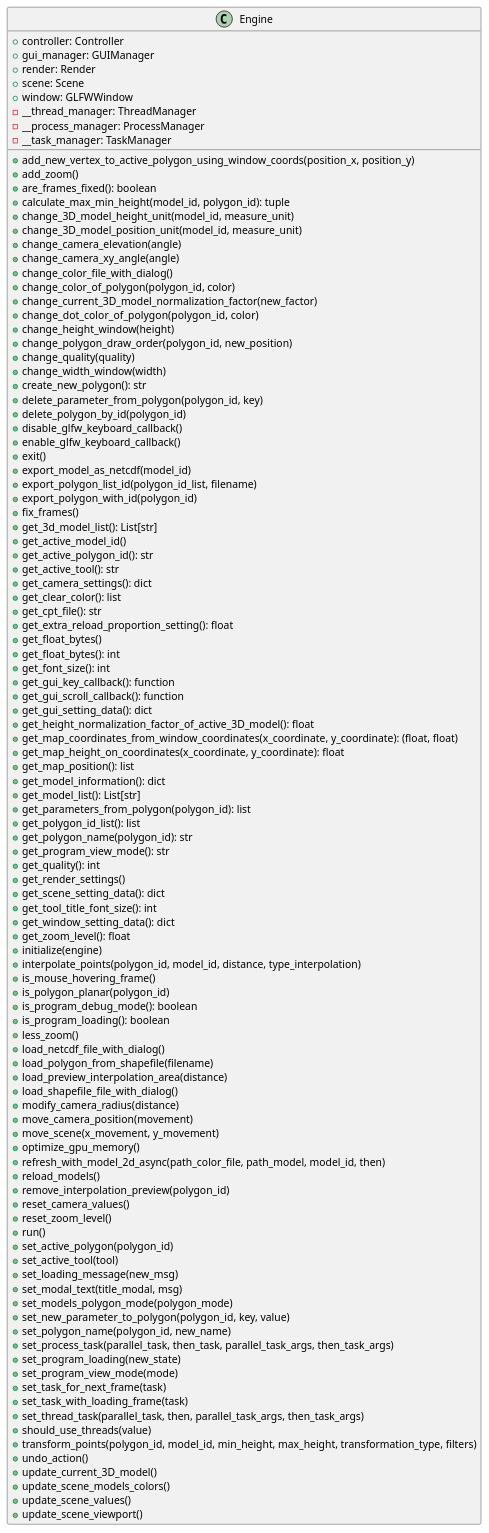
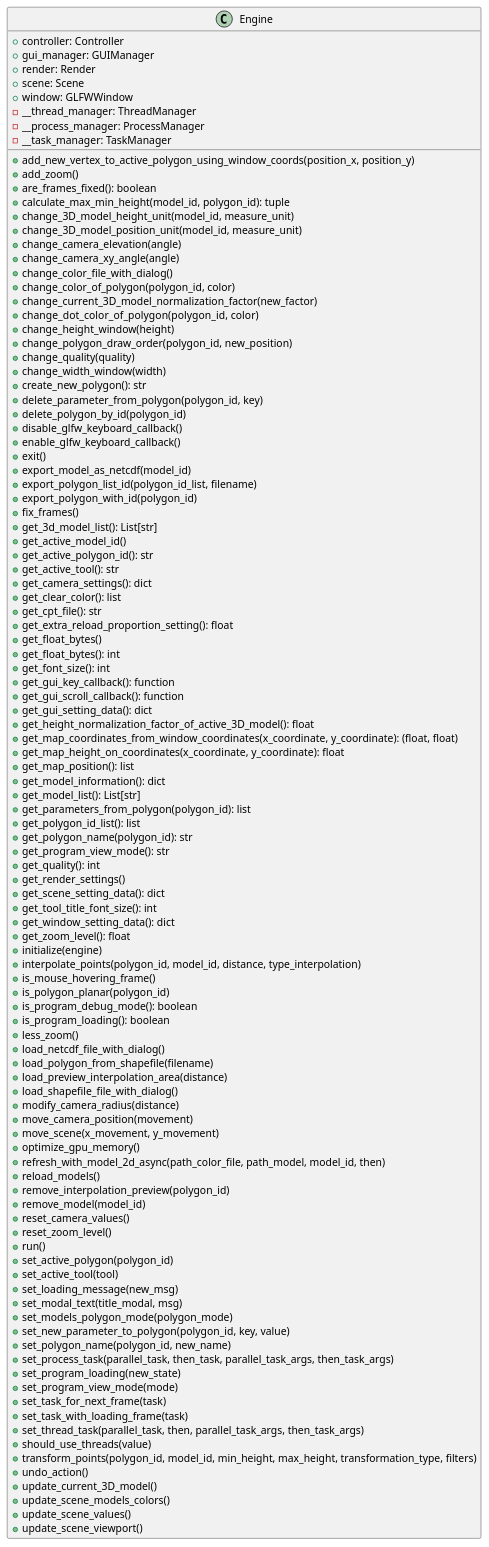
One commit to ferpoble2/Relief_Creator changed the diagram in docs/classes/Engine.puml. Above: the diagram before and after it, drawn with PlantUML. The commit also changed 3 other files, not shown here.

```diff
--- a/docs/classes/Engine.puml
+++ b/docs/classes/Engine.puml
@@ -1,111 +1,112 @@
 @startuml
 class Engine {
     + controller: Controller
     + gui_manager: GUIManager
     + render: Render
     + scene: Scene
     + window: GLFWWindow
     - __thread_manager: ThreadManager
     - __process_manager: ProcessManager
     - __task_manager: TaskManager
 
     + add_new_vertex_to_active_polygon_using_window_coords(position_x, position_y)
     + add_zoom()
     + are_frames_fixed(): boolean
     + calculate_max_min_height(model_id, polygon_id): tuple
     + change_3D_model_height_unit(model_id, measure_unit)
     + change_3D_model_position_unit(model_id, measure_unit)
     + change_camera_elevation(angle)
     + change_camera_xy_angle(angle)
     + change_color_file_with_dialog()
     + change_color_of_polygon(polygon_id, color)
     + change_current_3D_model_normalization_factor(new_factor)
     + change_dot_color_of_polygon(polygon_id,  color)
     + change_height_window(height)
     + change_polygon_draw_order(polygon_id, new_position)
     + change_quality(quality)
     + change_width_window(width)
     + create_new_polygon(): str
     + delete_parameter_from_polygon(polygon_id, key)
     + delete_polygon_by_id(polygon_id)
     + disable_glfw_keyboard_callback()
     + enable_glfw_keyboard_callback()
     + exit()
     + export_model_as_netcdf(model_id)
     + export_polygon_list_id(polygon_id_list, filename)
     + export_polygon_with_id(polygon_id)
     + fix_frames()
     + get_3d_model_list(): List[str]
     + get_active_model_id()
     + get_active_polygon_id(): str
     + get_active_tool(): str
     + get_camera_settings(): dict
     + get_clear_color(): list
     + get_cpt_file(): str
     + get_extra_reload_proportion_setting(): float
     + get_float_bytes()
     + get_float_bytes(): int
     + get_font_size(): int
     + get_gui_key_callback(): function
     + get_gui_scroll_callback(): function
     + get_gui_setting_data(): dict
     + get_height_normalization_factor_of_active_3D_model(): float
     + get_map_coordinates_from_window_coordinates(x_coordinate, y_coordinate): (float, float)
     + get_map_height_on_coordinates(x_coordinate, y_coordinate): float
     + get_map_position(): list
     + get_model_information(): dict
     + get_model_list(): List[str]
     + get_parameters_from_polygon(polygon_id): list
     + get_polygon_id_list(): list
     + get_polygon_name(polygon_id): str
     + get_program_view_mode(): str
     + get_quality(): int
     + get_render_settings()
     + get_scene_setting_data(): dict
     + get_tool_title_font_size(): int
     + get_window_setting_data(): dict
     + get_zoom_level(): float
     + initialize(engine)
     + interpolate_points(polygon_id, model_id, distance, type_interpolation)
     + is_mouse_hovering_frame()
     + is_polygon_planar(polygon_id)
     + is_program_debug_mode(): boolean
     + is_program_loading(): boolean
     + less_zoom()
     + load_netcdf_file_with_dialog()
     + load_polygon_from_shapefile(filename)
     + load_preview_interpolation_area(distance)
     + load_shapefile_file_with_dialog()
     + modify_camera_radius(distance)
     + move_camera_position(movement)
     + move_scene(x_movement, y_movement)
     + optimize_gpu_memory()
     + refresh_with_model_2d_async(path_color_file, path_model, model_id, then)
     + reload_models()
     + remove_interpolation_preview(polygon_id)
+    + remove_model(model_id)
     + reset_camera_values()
     + reset_zoom_level()
     + run()
     + set_active_polygon(polygon_id)
     + set_active_tool(tool)
     + set_loading_message(new_msg)
     + set_modal_text(title_modal, msg)
     + set_models_polygon_mode(polygon_mode)
     + set_new_parameter_to_polygon(polygon_id, key, value)
     + set_polygon_name(polygon_id, new_name)
     + set_process_task(parallel_task, then_task, parallel_task_args, then_task_args)
     + set_program_loading(new_state)
     + set_program_view_mode(mode)
     + set_task_for_next_frame(task)
     + set_task_with_loading_frame(task)
     + set_thread_task(parallel_task, then, parallel_task_args, then_task_args)
     + should_use_threads(value)
     + transform_points(polygon_id, model_id, min_height, max_height, transformation_type, filters)
     + undo_action()
     + update_current_3D_model()
     + update_scene_models_colors()
     + update_scene_values()
     + update_scene_viewport()
 }
 
 @enduml
```
